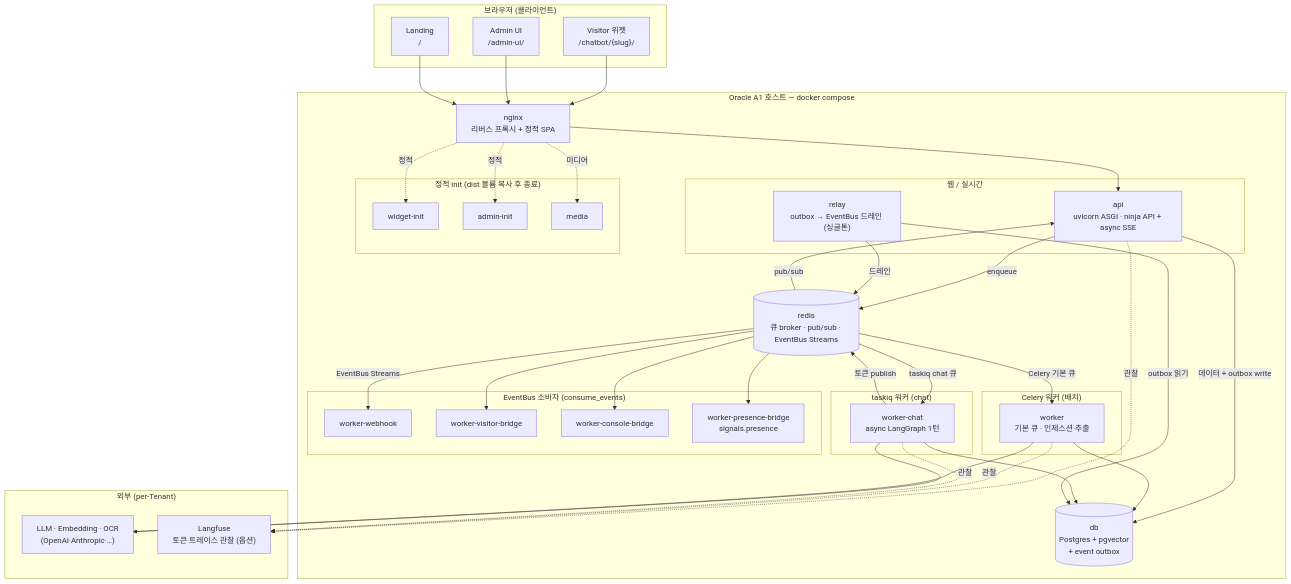
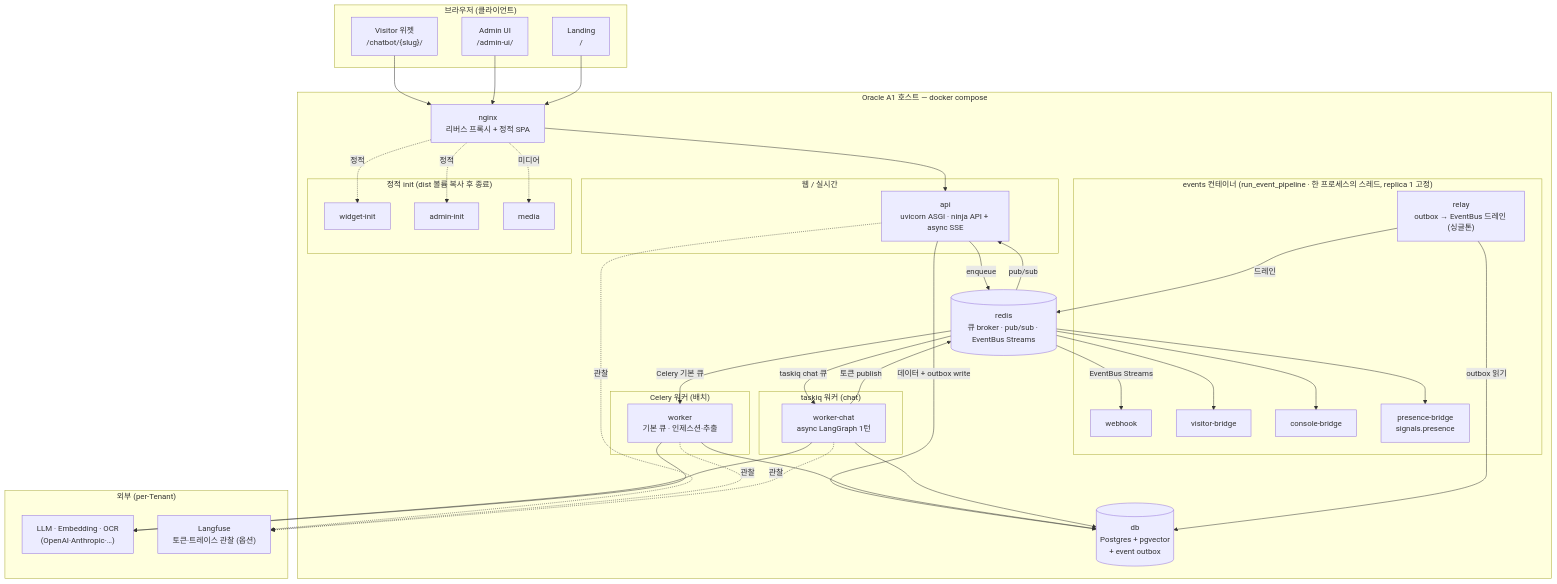
Before and after one commit to sandcorporation/sandcorp-flow: the first of 4 diagrams in docs/architecture.md, drawn with Mermaid. The commit also changed 14 other files, not shown here.

First line of the commit message:
feat: 이벤트 파이프라인(relay+소비자 4개)을 한 컨테이너 events로 합친다(#290)

````diff
--- a/docs/architecture.md
+++ b/docs/architecture.md
@@ -11,76 +11,76 @@
 ```mermaid
 flowchart TB
   subgraph browser["브라우저 (클라이언트)"]
     visitor["Visitor 위젯<br/>/chatbot/{slug}/"]
     admin["Admin UI<br/>/admin-ui/"]
     landing["Landing<br/>/"]
   end
 
   subgraph a1["Oracle A1 호스트 — docker compose"]
     nginx["nginx<br/>리버스 프록시 + 정적 SPA"]
 
     subgraph web["웹 / 실시간"]
       api["api<br/>uvicorn ASGI · ninja API + async SSE"]
-      relay["relay<br/>outbox → EventBus 드레인 (싱글톤)"]
     end
 
     subgraph cworkers["Celery 워커 (배치)"]
       worker["worker<br/>기본 큐 · 인제스션·추출"]
     end
 
     subgraph tworkers["taskiq 워커 (chat)"]
       workerchat["worker-chat<br/>async LangGraph 1턴"]
     end
 
-    subgraph consumers["EventBus 소비자 (consume_events)"]
-      webhook["worker-webhook"]
-      vbridge["worker-visitor-bridge"]
-      cbridge["worker-console-bridge"]
-      pbridge["worker-presence-bridge<br/>signals.presence"]
+    subgraph consumers["events 컨테이너 (run_event_pipeline · 한 프로세스의 스레드, replica 1 고정)"]
+      relay["relay<br/>outbox → EventBus 드레인 (싱글톤)"]
+      webhook["webhook"]
+      vbridge["visitor-bridge"]
+      cbridge["console-bridge"]
+      pbridge["presence-bridge<br/>signals.presence"]
     end
 
     subgraph sinit["정적 init (dist 볼륨 복사 후 종료)"]
       winit["widget-init"]
       ainit["admin-init"]
       media["media"]
     end
 
     db[("db<br/>Postgres + pgvector<br/>+ event outbox")]
     redis[("redis<br/>큐 broker · pub/sub · EventBus Streams")]
   end
 
   subgraph ext["외부 (per-Tenant)"]
     providers["LLM · Embedding · OCR<br/>(OpenAI·Anthropic·…)"]
     langfuse["Langfuse<br/>토큰·트레이스 관찰 (옵션)"]
   end
 
   visitor --> nginx
   admin --> nginx
   landing --> nginx
   nginx --> api
   nginx -. 정적 .-> winit
   nginx -. 정적 .-> ainit
   nginx -. 미디어 .-> media
 
   api -->|enqueue| redis
   redis -->|taskiq chat 큐| workerchat
   redis -->|Celery 기본 큐| worker
   workerchat -->|토큰 publish| redis
   redis -->|pub/sub| api
 
   api -->|데이터 + outbox write| db
   worker --> db
   workerchat --> db
   relay -->|outbox 읽기| db
   relay -->|드레인| redis
   redis -->|EventBus Streams| webhook
   redis --> vbridge
   redis --> cbridge
   redis --> pbridge
 
   workerchat --> providers
   worker --> providers
   api -. 관찰 .-> langfuse
   worker -. 관찰 .-> langfuse
   workerchat -. 관찰 .-> langfuse
 ```
````
